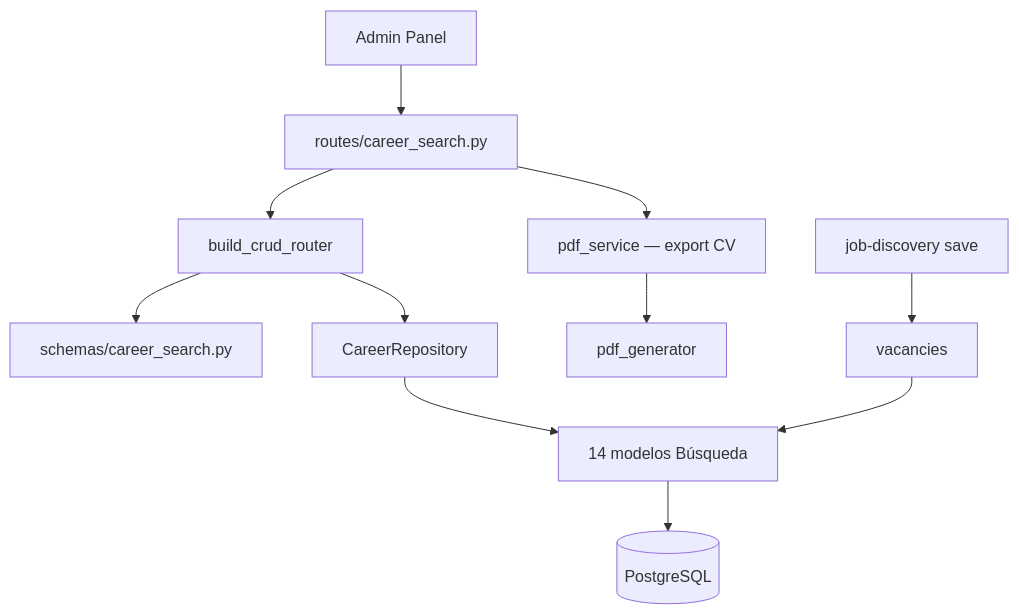
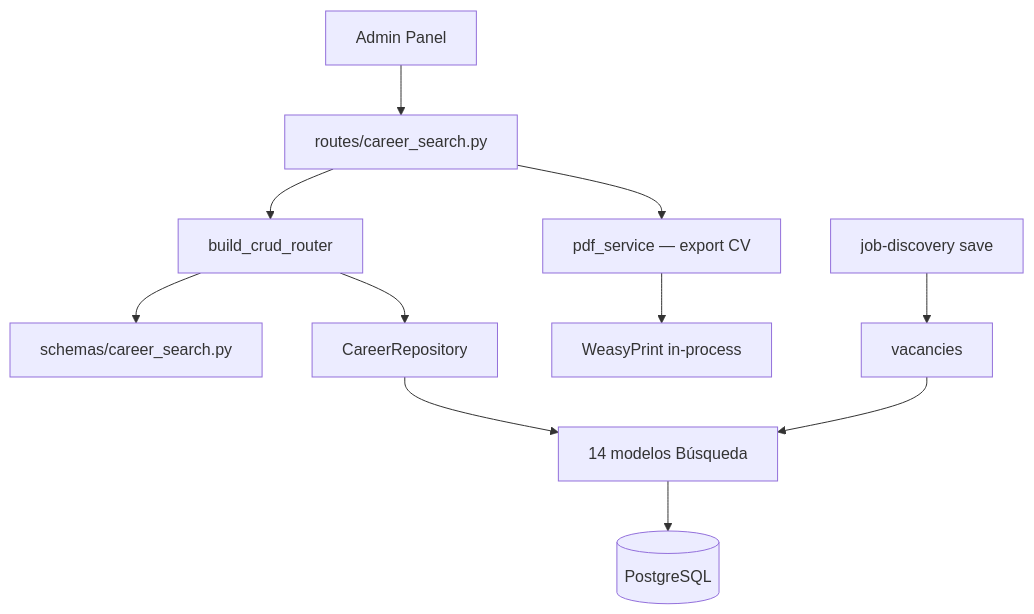
Before and after one commit to cjhirashi/cjhirashi-career: the diagram in cjhirashi-career-api/docs/sections/career-search/README.md, drawn with Mermaid. The commit also changed 208 other files, not shown here.

````diff
--- a/cjhirashi-career-api/docs/sections/career-search/README.md
+++ b/cjhirashi-career-api/docs/sections/career-search/README.md
@@ -11,13 +11,13 @@
 ```mermaid
 flowchart TB
     Admin[Admin Panel] --> Route[routes/career_search.py]
     Route --> Factory[build_crud_router]
     Route --> PDF[pdf_service — export CV]
     Factory --> Schema[schemas/career_search.py]
     Factory --> Repo[CareerRepository]
     Repo --> Models[14 modelos Búsqueda]
     Models --> PG[(PostgreSQL)]
-    PDF --> Gen[pdf_generator]
+    PDF --> Gen[WeasyPrint in-process]
     Discovery[job-discovery save] --> Vac[vacancies]
     Vac --> Models
 ```
````
